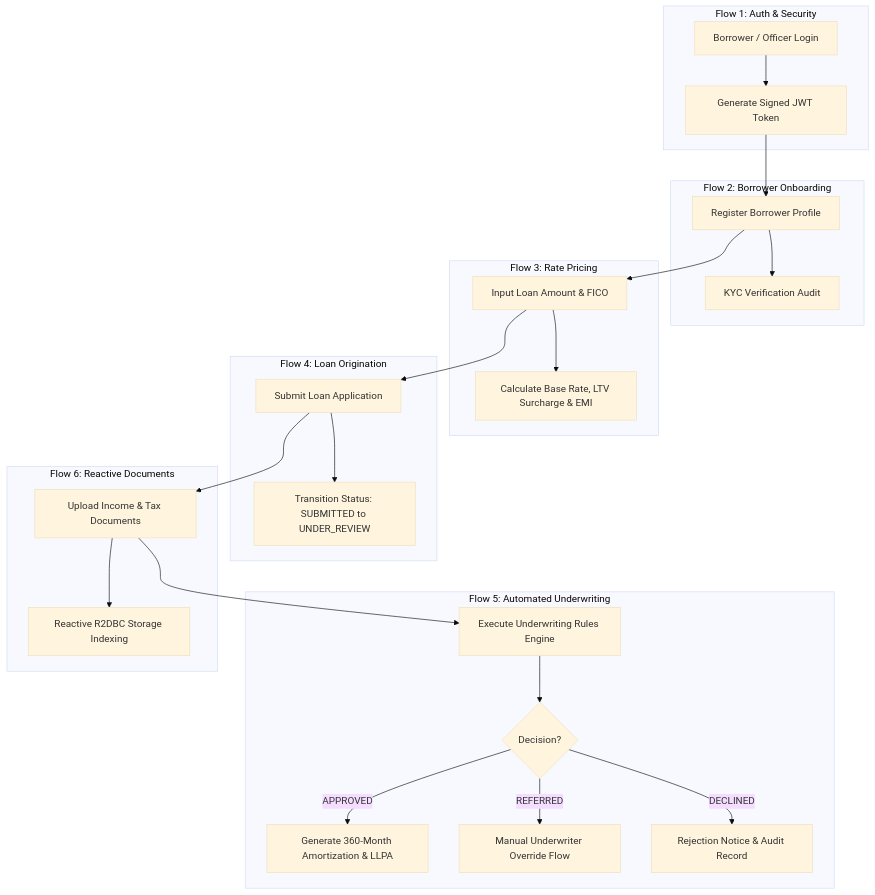
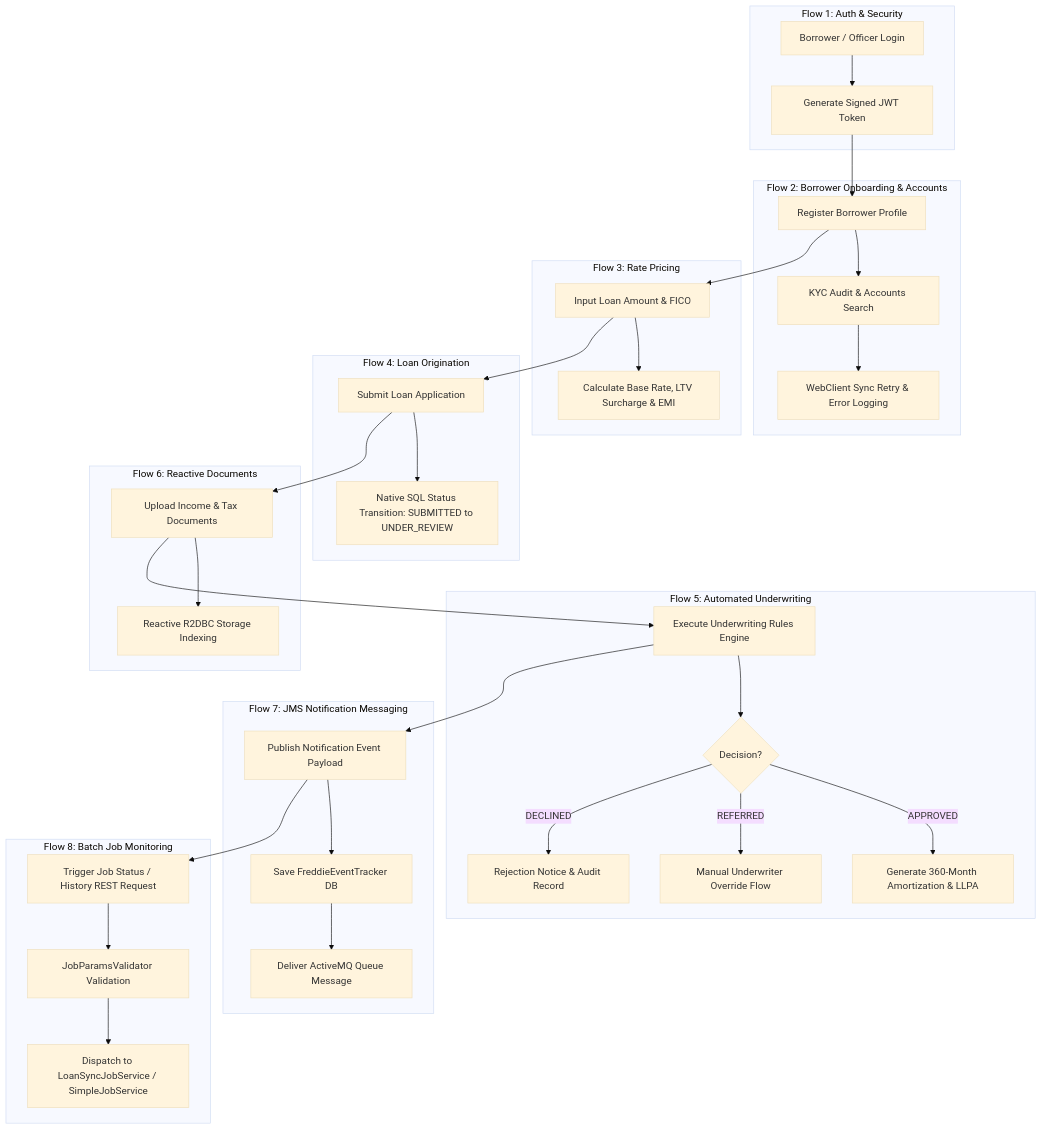
Before and after one commit to ramuhexware/Ucount_Mini_Application: the first of 3 diagrams in freddie-loan-platform/README.md, drawn with Mermaid (base theme). The commit also changed other lines of this file and 50 other files, not shown here.

````diff
--- a/freddie-loan-platform/README.md
+++ b/freddie-loan-platform/README.md
@@ -55,26 +56,32 @@
 ```mermaid
 flowchart TD
     subgraph Flow 1: Auth & Security
         A1[Borrower / Officer Login] --> A2[Generate Signed JWT Token]
     end
-    subgraph Flow 2: Borrower Onboarding
-        B1[Register Borrower Profile] --> B2[KYC Verification Audit]
+    subgraph Flow 2: Borrower Onboarding & Accounts
+        B1[Register Borrower Profile] --> B2[KYC Audit & Accounts Search] --> B3[WebClient Sync Retry & Error Logging]
     end
     subgraph Flow 3: Rate Pricing
         C1[Input Loan Amount & FICO] --> C2[Calculate Base Rate, LTV Surcharge & EMI]
     end
     subgraph Flow 4: Loan Origination
-        D1[Submit Loan Application] --> D2[Transition Status: SUBMITTED to UNDER_REVIEW]
+        D1[Submit Loan Application] --> D2[Native SQL Status Transition: SUBMITTED to UNDER_REVIEW]
     end
     subgraph Flow 5: Automated Underwriting
         E1[Execute Underwriting Rules Engine] --> E2{Decision?}
         E2 -->|APPROVED| E3[Generate 360-Month Amortization & LLPA]
         E2 -->|REFERRED| E4[Manual Underwriter Override Flow]
         E2 -->|DECLINED| E5[Rejection Notice & Audit Record]
     end
     subgraph Flow 6: Reactive Documents
         F1[Upload Income & Tax Documents] --> F2[Reactive R2DBC Storage Indexing]
     end
+    subgraph Flow 7: JMS Notification Messaging
+        G1[Publish Notification Event Payload] --> G2[Save FreddieEventTracker DB] --> G3[Deliver ActiveMQ Queue Message]
+    end
+    subgraph Flow 8: Batch Job Monitoring
+        H1[Trigger Job Status / History REST Request] --> H2[JobParamsValidator Validation] --> H3[Dispatch to LoanSyncJobService / SimpleJobService]
+    end
 
-    A2 --> B1 --> C1 --> D1 --> F1 --> E1
+    A2 --> B1 --> C1 --> D1 --> F1 --> E1 --> G1 --> H1
 ```
````
